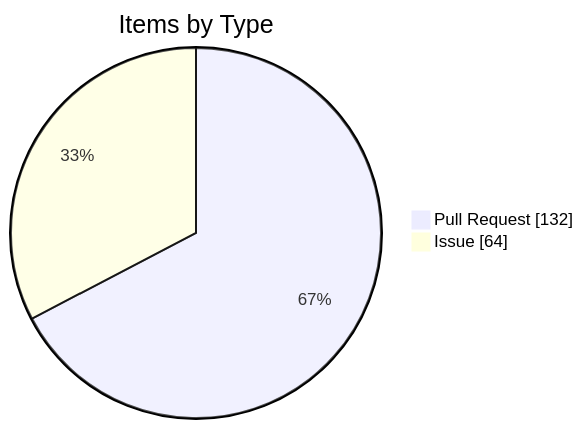
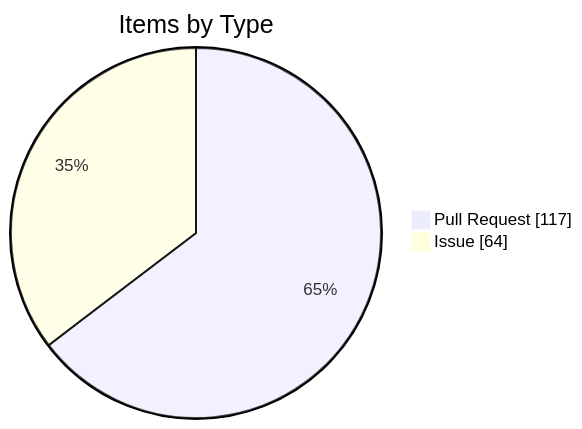
Before and after one commit to KBVE/kbve: the fourth of 4 diagrams in apps/kbve/astro-kbve/src/content/docs/dashboard/kanban-data.mdx, drawn with Mermaid. The commit also changed other lines of this file and 8 other files, not shown here.

````diff
--- a/apps/kbve/astro-kbve/src/content/docs/dashboard/kanban-data.mdx
+++ b/apps/kbve/astro-kbve/src/content/docs/dashboard/kanban-data.mdx
@@ -116,6 +115,6 @@
 ```mermaid
 pie showData
     title Items by Type
-    "Pull Request" : 132
+    "Pull Request" : 117
     "Issue" : 64
 ```
````
